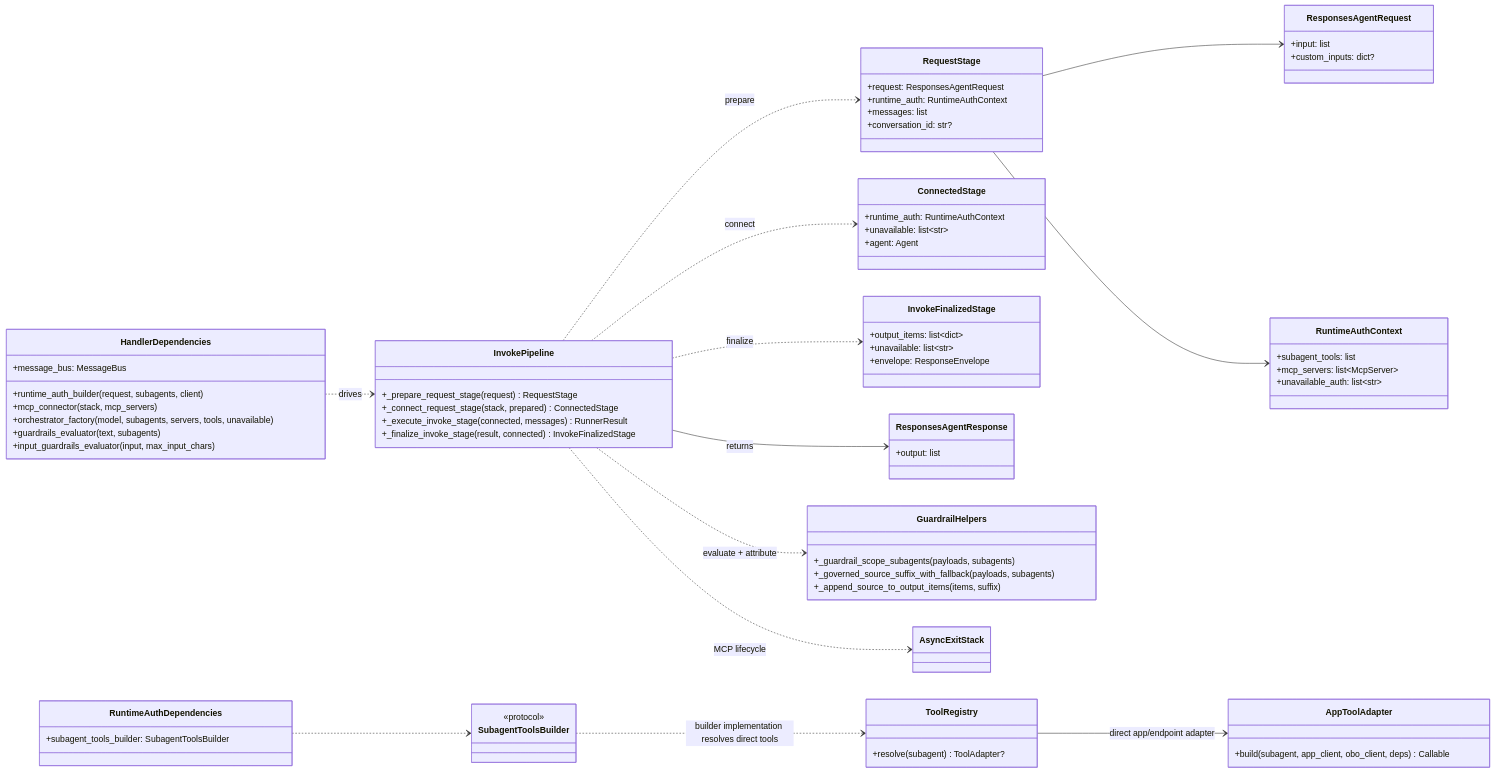
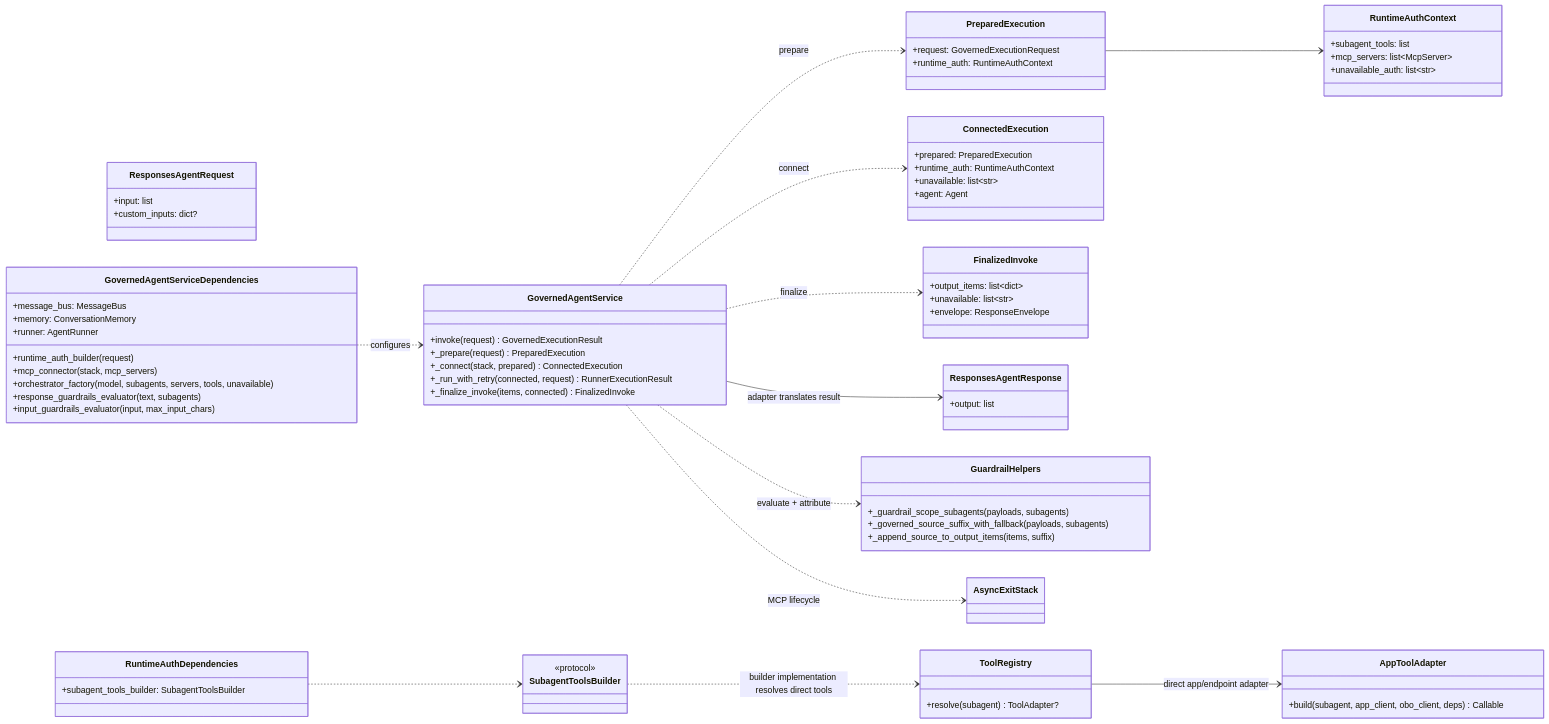
Before and after one commit to wchen-dea/Governed-Multi-Agent-Intelligence-on-Databricks: the first of 2 diagrams in docs/architecture/design-artifacts/07-runtime-invocation-stream-pipeline.md, drawn with Mermaid. The commit also changed other lines of this file and 67 other files, not shown here.

````diff
--- a/docs/architecture/design-artifacts/07-runtime-invocation-stream-pipeline.md
+++ b/docs/architecture/design-artifacts/07-runtime-invocation-stream-pipeline.md
@@ -18,32 +20,33 @@
 }
 class AsyncExitStack
 
-class RequestStage {
-    +request: ResponsesAgentRequest
+class PreparedExecution {
+    +request: GovernedExecutionRequest
     +runtime_auth: RuntimeAuthContext
-    +messages: list
-    +conversation_id: str?
 }
 
-class ConnectedStage {
+class ConnectedExecution {
+    +prepared: PreparedExecution
     +runtime_auth: RuntimeAuthContext
     +unavailable: list~str~
     +agent: Agent
 }
 
-class InvokeFinalizedStage {
+class FinalizedInvoke {
     +output_items: list~dict~
     +unavailable: list~str~
     +envelope: ResponseEnvelope
 }
 
-class HandlerDependencies {
-    +runtime_auth_builder(request, subagents, client)
+class GovernedAgentServiceDependencies {
+    +runtime_auth_builder(request)
     +mcp_connector(stack, mcp_servers)
     +orchestrator_factory(model, subagents, servers, tools, unavailable)
-    +guardrails_evaluator(text, subagents)
+    +response_guardrails_evaluator(text, subagents)
     +input_guardrails_evaluator(input, max_input_chars)
     +message_bus: MessageBus
+    +memory: ConversationMemory
+    +runner: AgentRunner
 }
 class RuntimeAuthContext {
     +subagent_tools: list
@@ -63,11 +66,12 @@
     +build(subagent, app_client, obo_client, deps) Callable
 }
 
-class InvokePipeline {
-    +_prepare_request_stage(request) RequestStage
-    +_connect_request_stage(stack, prepared) ConnectedStage
-    +_execute_invoke_stage(connected, messages) RunnerResult
-    +_finalize_invoke_stage(result, connected) InvokeFinalizedStage
+class GovernedAgentService {
+    +invoke(request) GovernedExecutionResult
+    +_prepare(request) PreparedExecution
+    +_connect(stack, prepared) ConnectedExecution
+    +_run_with_retry(connected, request) RunnerExecutionResult
+    +_finalize_invoke(items, connected) FinalizedInvoke
 }
 
 class GuardrailHelpers {
@@ -76,16 +80,15 @@
     +_append_source_to_output_items(items, suffix)
 }
 
-HandlerDependencies ..> InvokePipeline : drives
-InvokePipeline ..> RequestStage : prepare
-InvokePipeline ..> ConnectedStage : connect
-InvokePipeline ..> InvokeFinalizedStage : finalize
-InvokePipeline --> ResponsesAgentResponse : returns
-InvokePipeline ..> GuardrailHelpers : evaluate + attribute
-RequestStage --> ResponsesAgentRequest
-RequestStage --> RuntimeAuthContext
+GovernedAgentServiceDependencies ..> GovernedAgentService : configures
+GovernedAgentService ..> PreparedExecution : prepare
+GovernedAgentService ..> ConnectedExecution : connect
+GovernedAgentService ..> FinalizedInvoke : finalize
+GovernedAgentService --> ResponsesAgentResponse : adapter translates result
+GovernedAgentService ..> GuardrailHelpers : evaluate + attribute
+PreparedExecution --> RuntimeAuthContext
 RuntimeAuthDependencies ..> SubagentToolsBuilder
 SubagentToolsBuilder ..> ToolRegistry : builder implementation resolves direct tools
 ToolRegistry --> AppToolAdapter : direct app/endpoint adapter
-InvokePipeline ..> AsyncExitStack : MCP lifecycle
+GovernedAgentService ..> AsyncExitStack : MCP lifecycle
 ```
````
